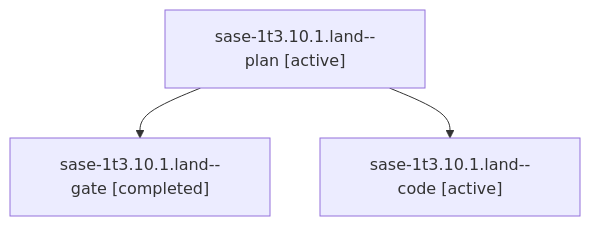
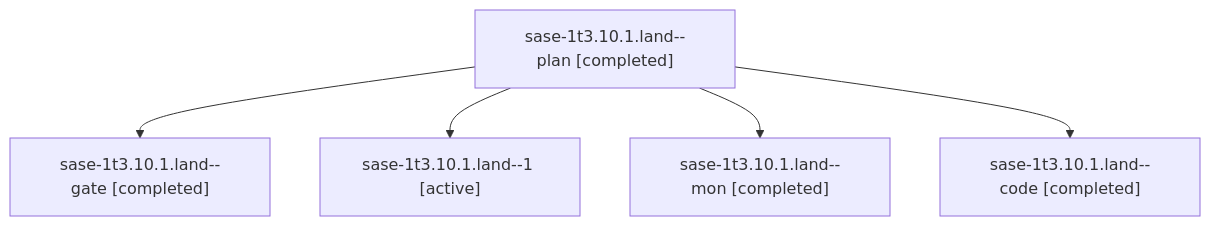
The diagram in sessions/bbugyi200.athena.sase-1t3.10.1.land.md (sase-org/sase--agents), drawn with Mermaid before and after one commit. The commit also changed other lines of this file and 204 other files, not shown here.

````diff
--- a/sessions/bbugyi200.athena.sase-1t3.10.1.land.md
+++ b/sessions/bbugyi200.athena.sase-1t3.10.1.land.md
@@ -9,8 +9,12 @@
 ```mermaid
 flowchart TD
-  n0["sase-1t3.10.1.land--plan [active]"]
+  n0["sase-1t3.10.1.land--plan [completed]"]
   n1["sase-1t3.10.1.land--gate [completed]"]
   n0 --> n1
-  n2["sase-1t3.10.1.land--code [active]"]
+  n2["sase-1t3.10.1.land--1 [active]"]
   n0 --> n2
+  n3["sase-1t3.10.1.land--mon [completed]"]
+  n0 --> n3
+  n4["sase-1t3.10.1.land--code [completed]"]
+  n0 --> n4
 ```
````
